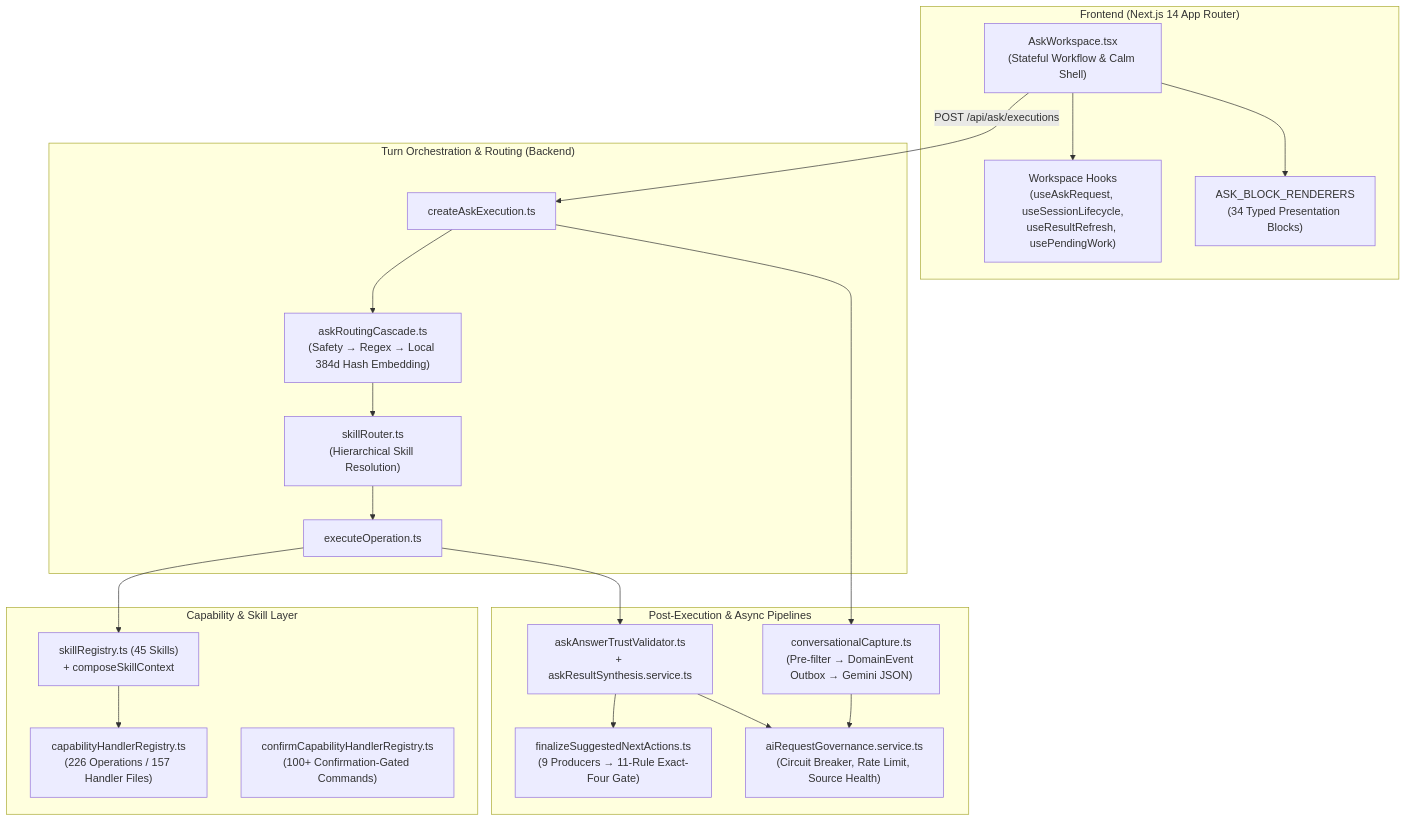
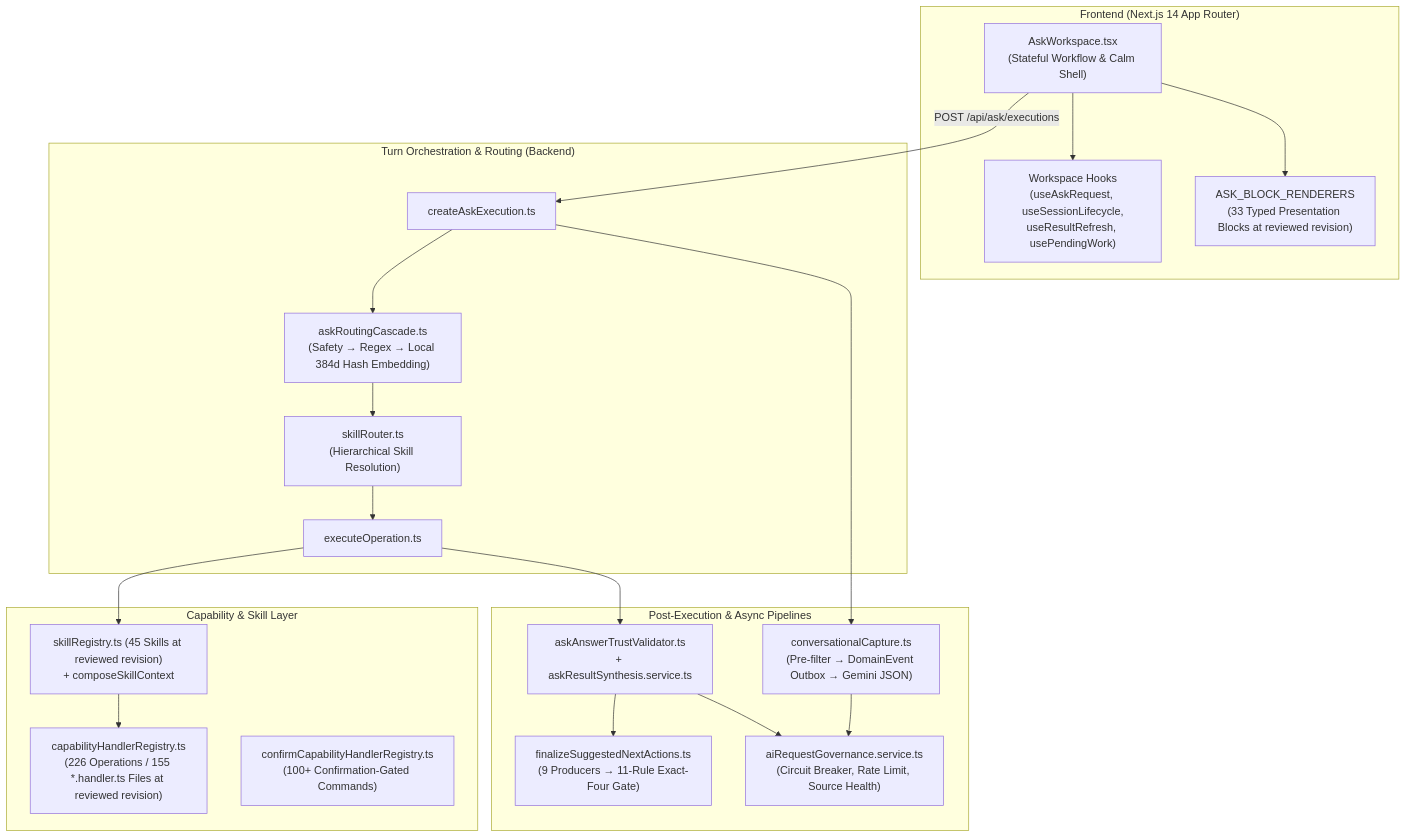
One commit to madhuboyin/contract-to-cozy1 changed the diagram in docs/architecture/ASK_COZY_TECHNICAL_ARCHITECTURE_REVIEW.md. Above: the diagram before and after it, drawn with Mermaid. The commit also changed other lines of this file, not shown here.

Commit message:
docs: correct Ask Cozy architecture review

````diff
--- a/docs/architecture/ASK_COZY_TECHNICAL_ARCHITECTURE_REVIEW.md
+++ b/docs/architecture/ASK_COZY_TECHNICAL_ARCHITECTURE_REVIEW.md
@@ -14,38 +30,38 @@
 ```mermaid
 flowchart TB
     subgraph Frontend ["Frontend (Next.js 14 App Router)"]
         UI["AskWorkspace.tsx<br/>(Stateful Workflow & Calm Shell)"]
         Hooks["Workspace Hooks<br/>(useAskRequest, useSessionLifecycle,<br/>useResultRefresh, usePendingWork)"]
-        RegistryUI["ASK_BLOCK_RENDERERS<br/>(34 Typed Presentation Blocks)"]
+        RegistryUI["ASK_BLOCK_RENDERERS<br/>(33 Typed Presentation Blocks at reviewed revision)"]
         UI --> Hooks
         UI --> RegistryUI
     end
 
     subgraph Execution ["Turn Orchestration & Routing (Backend)"]
         Create["createAskExecution.ts"]
         Cascade["askRoutingCascade.ts<br/>(Safety → Regex → Local 384d Hash Embedding)"]
         SkillRoute["skillRouter.ts<br/>(Hierarchical Skill Resolution)"]
         ExecOp["executeOperation.ts"]
         Create --> Cascade --> SkillRoute --> ExecOp
     end
 
     subgraph Governance ["Capability & Skill Layer"]
-        Skills["skillRegistry.ts (45 Skills)<br/>+ composeSkillContext"]
-        CapReg["capabilityHandlerRegistry.ts<br/>(226 Operations / 157 Handler Files)"]
+        Skills["skillRegistry.ts (45 Skills at reviewed revision)<br/>+ composeSkillContext"]
+        CapReg["capabilityHandlerRegistry.ts<br/>(226 Operations / 155 *.handler.ts Files at reviewed revision)"]
         ConfReg["confirmCapabilityHandlerRegistry.ts<br/>(100+ Confirmation-Gated Commands)"]
         ExecOp --> Skills --> CapReg
     end
 
     subgraph SideCars ["Post-Execution & Async Pipelines"]
         Capture["conversationalCapture.ts<br/>(Pre-filter → DomainEvent Outbox → Gemini JSON)"]
         NextAct["finalizeSuggestedNextActions.ts<br/>(9 Producers → 11-Rule Exact-Four Gate)"]
         Trust["askAnswerTrustValidator.ts<br/>+ askResultSynthesis.service.ts"]
         AI["aiRequestGovernance.service.ts<br/>(Circuit Breaker, Rate Limit, Source Health)"]
     end
 
     UI -->|POST /api/ask/executions| Create
     ExecOp --> Trust --> NextAct
     Create --> Capture
     Capture --> AI
     Trust --> AI
 ```
````
